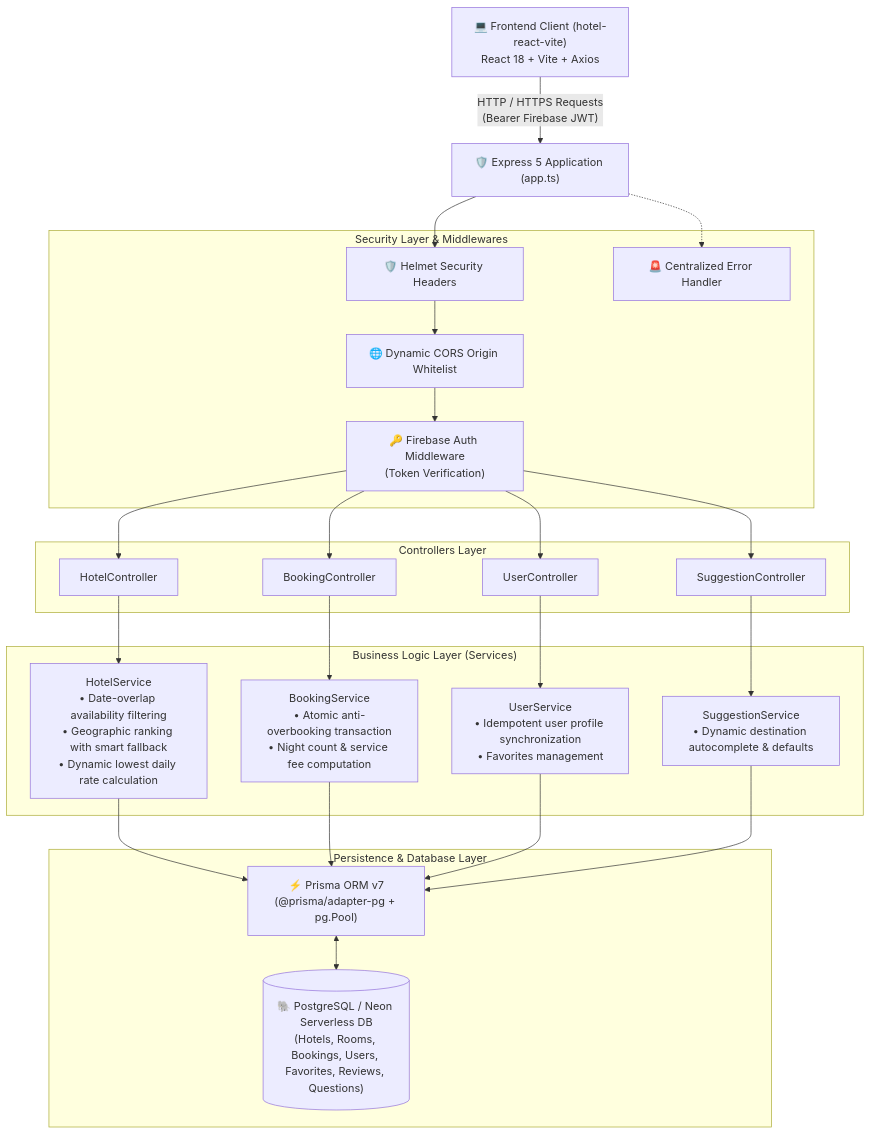
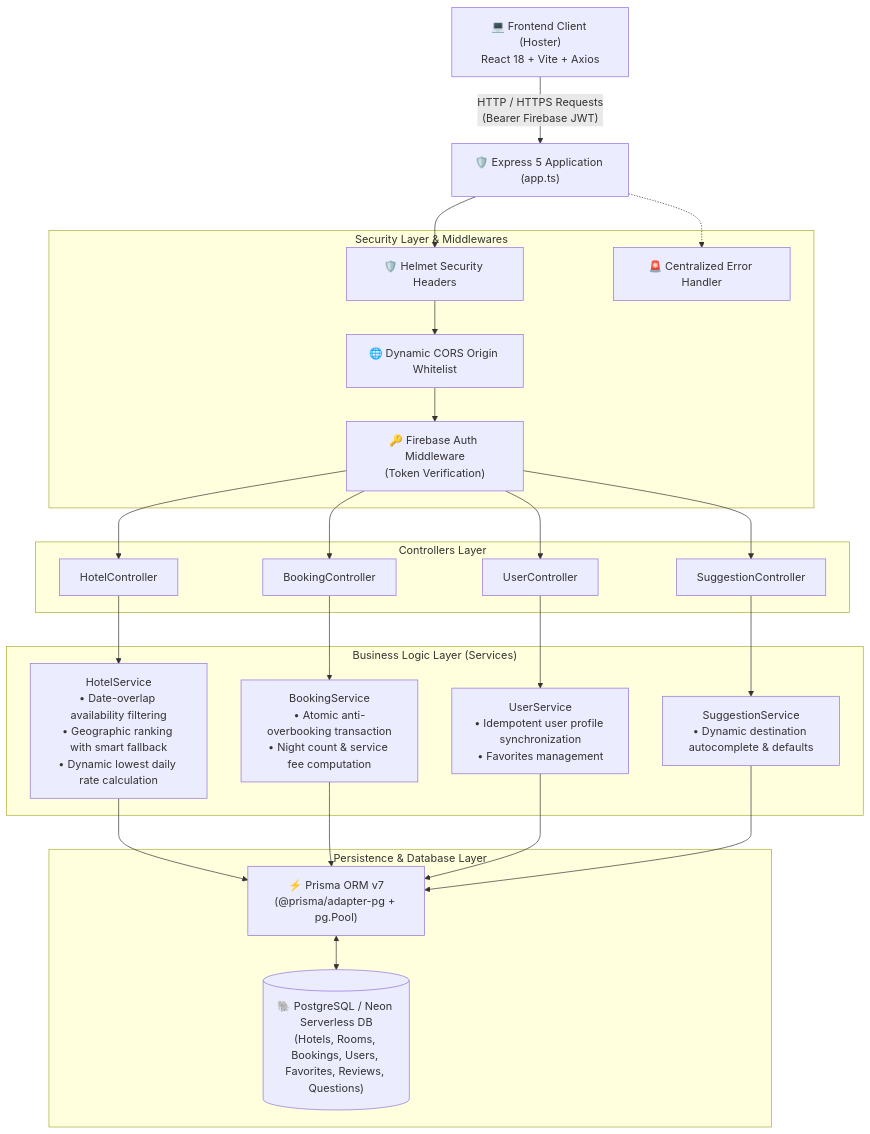
One commit to marcos-goulart/hoster-api changed the first of 2 diagrams in README.en.md. Above: the diagram before and after it, drawn with Mermaid. The commit also changed other lines of this file, not shown here.

Commit message:
Update frontend client references in README

````diff
--- a/README.en.md
+++ b/README.en.md
@@ -44,51 +44,51 @@
 ```mermaid
 flowchart TD
-    Client["💻 Frontend Client (hotel-react-vite)\nReact 18 + Vite + Axios"] -->|"HTTP / HTTPS Requests\n(Bearer Firebase JWT)"| App["🛡️ Express 5 Application (app.ts)"]
+    Client["💻 Frontend Client (Hoster)\nReact 18 + Vite + Axios"] -->|"HTTP / HTTPS Requests\n(Bearer Firebase JWT)"| App["🛡️ Express 5 Application (app.ts)"]
 
     subgraph Security_Layer ["Security Layer & Middlewares"]
         Helmet["🛡️ Helmet Security Headers"]
         Cors["🌐 Dynamic CORS Origin Whitelist"]
         AuthMiddleware["🔑 Firebase Auth Middleware\n(Token Verification)"]
         ErrorHandler["🚨 Centralized Error Handler"]
     end
 
     App --> Helmet --> Cors --> AuthMiddleware
 
     subgraph Controllers_Layer ["Controllers Layer"]
         HotelCtrl["HotelController"]
         BookingCtrl["BookingController"]
         UserCtrl["UserController"]
         SugCtrl["SuggestionController"]
     end
 
     AuthMiddleware --> HotelCtrl
     AuthMiddleware --> BookingCtrl
     AuthMiddleware --> UserCtrl
     AuthMiddleware --> SugCtrl
 
     subgraph Services_Layer ["Business Logic Layer (Services)"]
         HotelService["HotelService\n• Date-overlap availability filtering\n• Geographic ranking with smart fallback\n• Dynamic lowest daily rate calculation"]
         BookingService["BookingService\n• Atomic anti-overbooking transaction\n• Night count & service fee computation"]
         UserService["UserService\n• Idempotent user profile synchronization\n• Favorites management"]
         SugService["SuggestionService\n• Dynamic destination autocomplete & defaults"]
     end
 
     HotelCtrl --> HotelService
     BookingCtrl --> BookingService
     UserCtrl --> UserService
     SugCtrl --> SugService
 
     subgraph Persistence_Layer ["Persistence & Database Layer"]
         Prisma["⚡ Prisma ORM v7\n(@prisma/adapter-pg + pg.Pool)"]
         Postgres[("🐘 PostgreSQL / Neon Serverless DB\n(Hotels, Rooms, Bookings, Users, Favorites, Reviews, Questions)")]
     end
 
     HotelService --> Prisma
     BookingService --> Prisma
     UserService --> Prisma
     SugService --> Prisma
 
     Prisma <--> Postgres
 
     App -.-> ErrorHandler
 ```
````
